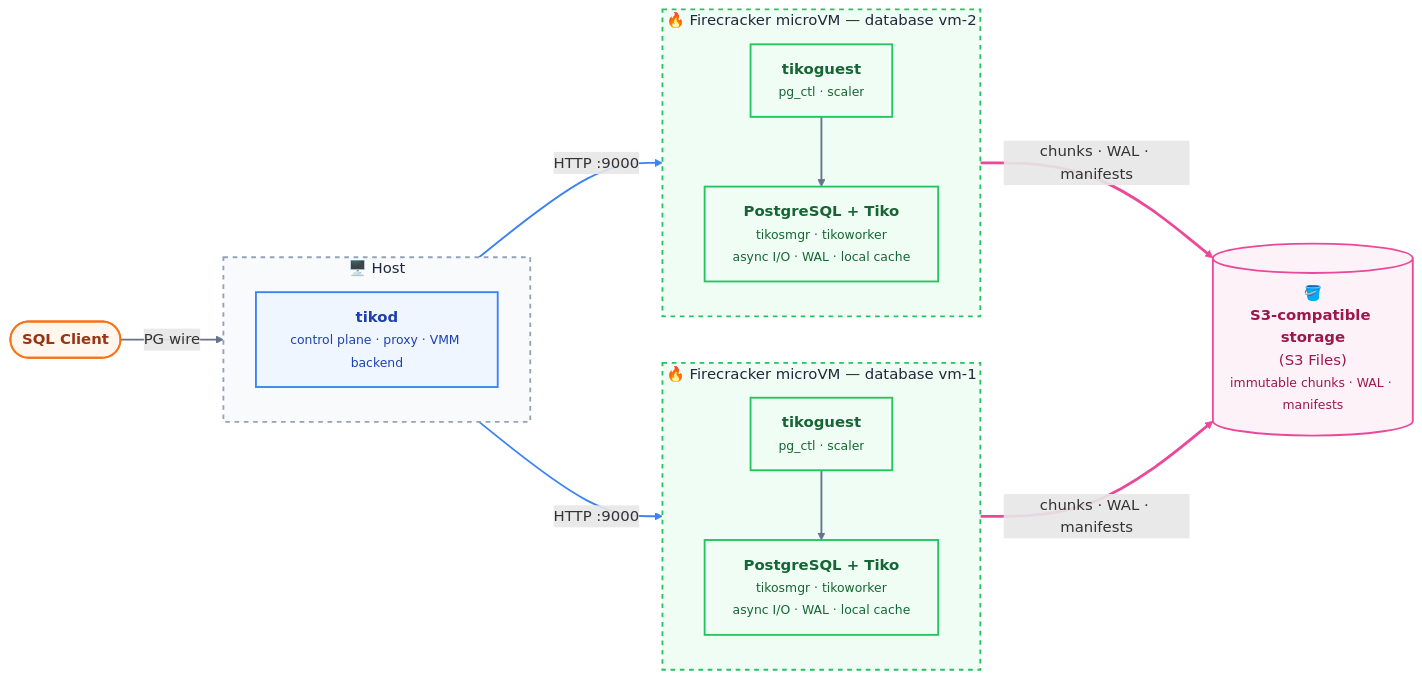
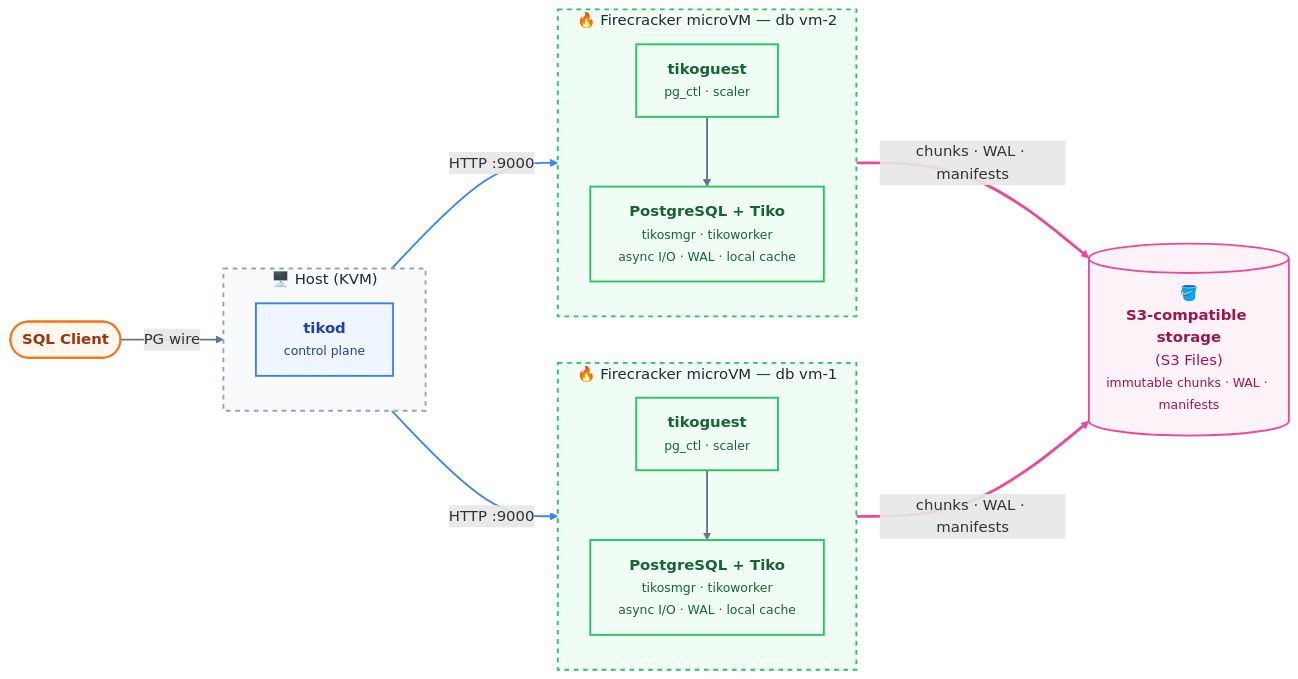
Before and after one commit to burmecia/tiko: the diagram in README.md, drawn with Mermaid.

Commit message:
update diagram

````diff
--- a/README.md
+++ b/README.md
@@ -34,54 +34,54 @@
 ```mermaid
 %%{init: {"themeVariables": {"titleColor": "#1e293b", "clusterBkg": "#f8fafc", "clusterBorder": "#94a3b8"}}}%%
 flowchart LR
   Client(["<b>SQL Client</b>"])
 
-  subgraph Host ["🖥️ Host"]
+  subgraph Host ["🖥️ Host (KVM)"]
     direction TB
-    Tikod["<b>tikod</b><br/><small>control plane · proxy · VMM backend</small>"]
+    Tikod["<b>tikod</b><br/><small>control plane</small>"]
   end
 
-  subgraph VM1 ["🔥 Firecracker microVM — database vm-1"]
+  subgraph VM1 ["🔥 Firecracker microVM — db vm-1"]
     direction TB
     Guest1["<b>tikoguest</b><br/><small>pg_ctl · scaler</small>"]
     PG1["<b>PostgreSQL + Tiko</b><br/><small>tikosmgr · tikoworker<br/>async I/O · WAL · local cache</small>"]
     Guest1 --> PG1
   end
 
-  subgraph VM2 ["🔥 Firecracker microVM — database vm-2"]
+  subgraph VM2 ["🔥 Firecracker microVM — db vm-2"]
     direction TB
     Guest2["<b>tikoguest</b><br/><small>pg_ctl · scaler</small>"]
     PG2["<b>PostgreSQL + Tiko</b><br/><small>tikosmgr · tikoworker<br/>async I/O · WAL · local cache</small>"]
     Guest2 --> PG2
   end
 
   S3[("🪣<br/><b>S3-compatible storage</b><br/>(S3 Files)<br/><small>immutable chunks · WAL · manifests</small>")]
 
   Client -->|PG wire| Tikod
   Tikod -->|HTTP :9000| Guest1
   Tikod -->|HTTP :9000| Guest2
   PG1 ==>|chunks · WAL · manifests| S3
   PG2 ==>|chunks · WAL · manifests| S3
 
   classDef client fill:#fff7ed,stroke:#f97316,stroke-width:2px,color:#9a3412
   classDef control fill:#eff6ff,stroke:#3b82f6,stroke-width:2px,color:#1e40af
   classDef vm fill:#f0fdf4,stroke:#22c55e,stroke-width:2px,color:#166534
   classDef storage fill:#fdf2f8,stroke:#ec4899,stroke-width:2px,color:#9d174d
 
   class Client client
   class Tikod control
   class Guest1,PG1,Guest2,PG2 vm
   class S3 storage
 
   style Host fill:#f8fafc,stroke:#94a3b8,stroke-width:2px,stroke-dasharray:5 5
   style VM1 fill:#f0fdf4,stroke:#22c55e,stroke-width:2px,stroke-dasharray:5 5
   style VM2 fill:#f0fdf4,stroke:#22c55e,stroke-width:2px,stroke-dasharray:5 5
   style S3 fill:#fdf2f8,stroke:#ec4899,stroke-width:2px
   linkStyle 0 stroke:#64748b,stroke-width:2px
   linkStyle 1 stroke:#64748b,stroke-width:2px
   linkStyle 2 stroke:#64748b,stroke-width:2px
   linkStyle 3 stroke:#3b82f6,stroke-width:2px
   linkStyle 4 stroke:#3b82f6,stroke-width:2px
   linkStyle 5 stroke:#ec4899,stroke-width:3px
   linkStyle 6 stroke:#ec4899,stroke-width:3px
 ```
````
